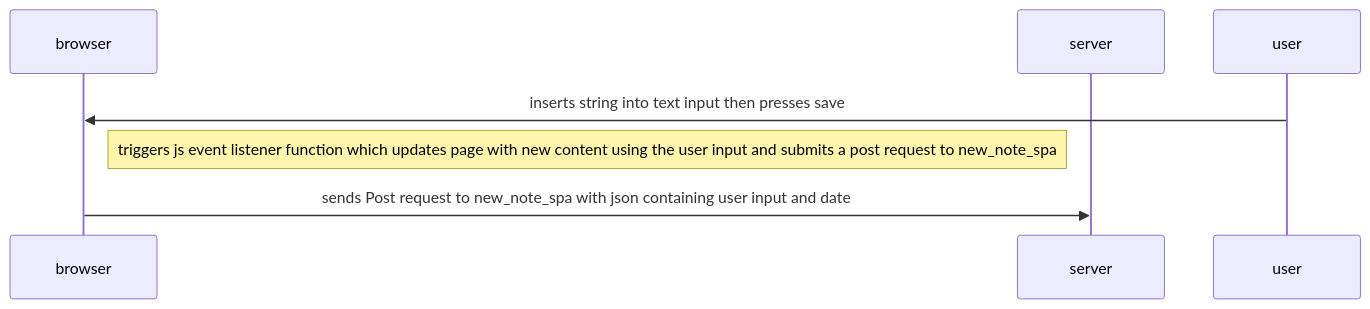
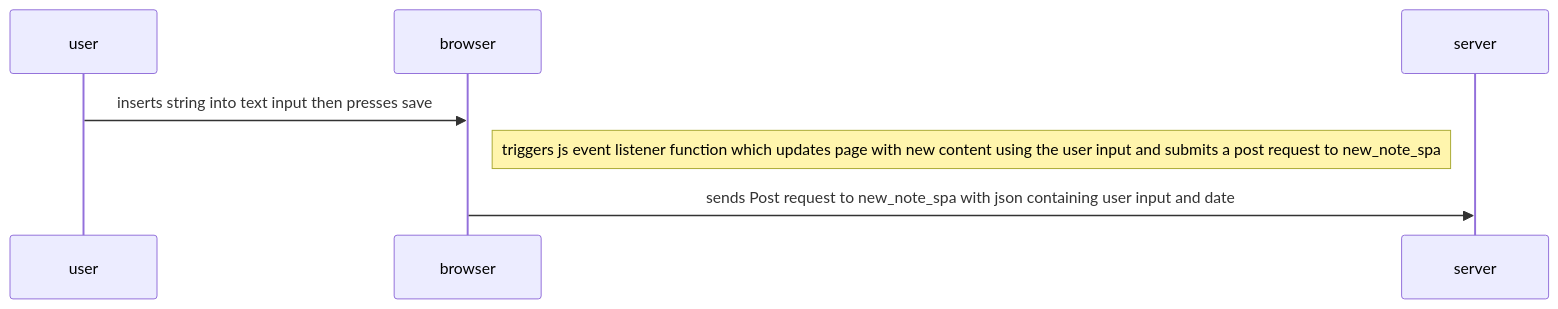
Before and after one commit to cedwig/fullStackOpen: the diagram in part0/06newNoteDiagramSpa.md, drawn with Mermaid. The commit also changed other lines of this file and 1 other file, not shown here.

Commit message:
Change position of user participant

````diff
--- a/part0/06newNoteDiagramSpa.md
+++ b/part0/06newNoteDiagramSpa.md
@@ -1,11 +1,11 @@
 ```mermaid
 sequenceDiagram
+    participant user
     participant browser
     participant server
-    participant user
 
     user->>browser: inserts string into text input then presses save
     note right of browser: triggers js event listener function which updates page with new content using the user input and submits a post request to new_note_spa
     browser->>server: sends Post request to new_note_spa with json containing user input and date
 
 ```
````
